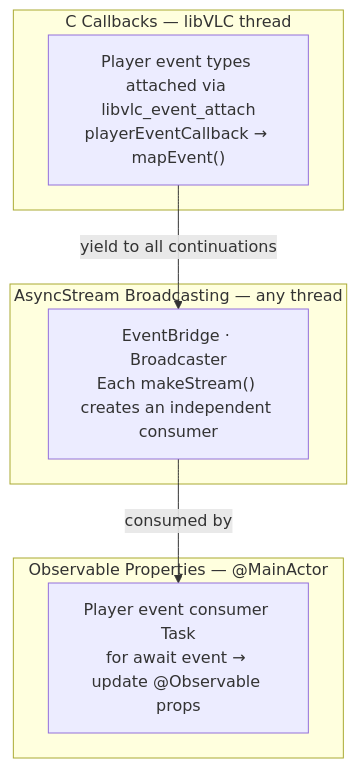
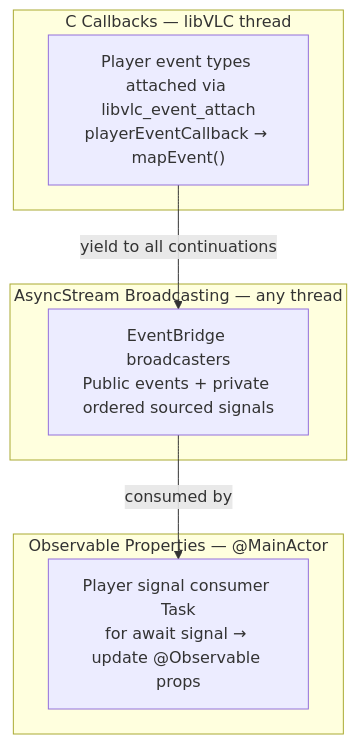
The fourth of 7 diagrams in ARCHITECTURE.md (LePips/SwiftVLC), drawn with Mermaid before and after one commit. The commit also changed other lines of this file and 220 other files, not shown here.

````diff
--- a/ARCHITECTURE.md
+++ b/ARCHITECTURE.md
@@ -388,17 +388,17 @@
 ```mermaid
 flowchart TB
     subgraph L1["C Callbacks — libVLC thread"]
         CB["Player event types attached via libvlc_event_attach<br/>playerEventCallback → mapEvent()"]
     end
 
     subgraph L2["AsyncStream Broadcasting — any thread"]
-        Store["EventBridge · Broadcaster<PlayerEvent><br/>Each makeStream() creates an independent consumer"]
+        Store["EventBridge broadcasters<br/>Public events + private ordered sourced signals"]
     end
 
     subgraph L3["Observable Properties — @MainActor"]
-        Update["Player event consumer Task<br/>for await event → update @Observable props"]
+        Update["Player signal consumer Task<br/>for await signal → update @Observable props"]
     end
 
     CB -->|"yield to all continuations"| Store
     Store -->|"consumed by"| Update
 ```
````
